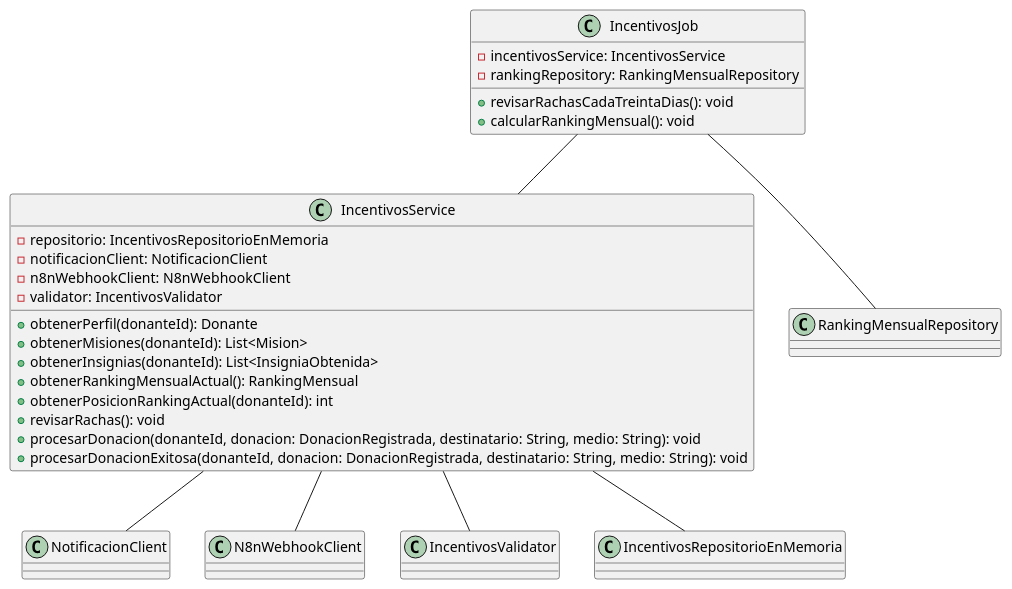
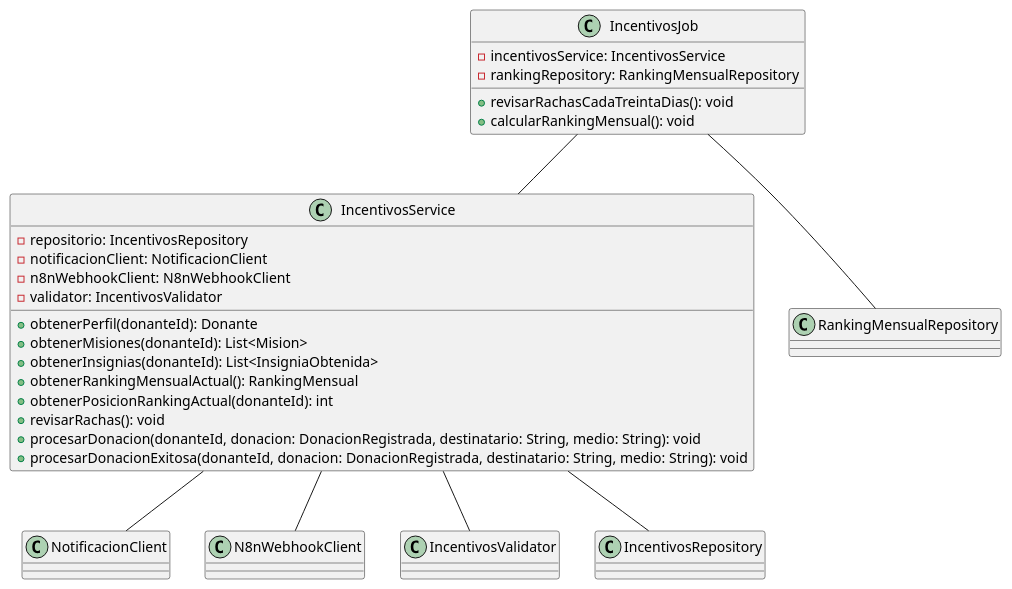
The diagram in donatrack/DiagramaDeClases/incentivos/diagramaClasesIncentivosServices.plantuml (PonceCamilo/TP-ANUAL-DISENIO-2026), drawn with PlantUML before and after one commit. The commit also changed 13 other files, not shown here.

Commit message:
Ajusta persistencia y diagramas de incentivos

```diff
--- a/donatrack/DiagramaDeClases/incentivos/diagramaClasesIncentivosServices.plantuml
+++ b/donatrack/DiagramaDeClases/incentivos/diagramaClasesIncentivosServices.plantuml
@@ -1,48 +1,48 @@
 @startuml
 
 class IncentivosJob {
   - incentivosService: IncentivosService
   - rankingRepository: RankingMensualRepository
   + revisarRachasCadaTreintaDias(): void
   + calcularRankingMensual(): void
 }
 
 class IncentivosService {
-  - repositorio: IncentivosRepositorioEnMemoria
+  - repositorio: IncentivosRepository
   - notificacionClient: NotificacionClient
   - n8nWebhookClient: N8nWebhookClient
   - validator: IncentivosValidator
   + obtenerPerfil(donanteId): Donante
   + obtenerMisiones(donanteId): List<Mision>
   + obtenerInsignias(donanteId): List<InsigniaObtenida>
   + obtenerRankingMensualActual(): RankingMensual
   + obtenerPosicionRankingActual(donanteId): int
   + revisarRachas(): void
   + procesarDonacion(donanteId, donacion: DonacionRegistrada, destinatario: String, medio: String): void
   + procesarDonacionExitosa(donanteId, donacion: DonacionRegistrada, destinatario: String, medio: String): void
 }
 
 class NotificacionClient {
 }
 
 class N8nWebhookClient {
 }
 
 class IncentivosValidator {
 }
 
-class IncentivosRepositorioEnMemoria {
+class IncentivosRepository {
 }
 
 class RankingMensualRepository {
 }
 
 IncentivosJob -- IncentivosService
 IncentivosJob -- RankingMensualRepository
 
 IncentivosService -- NotificacionClient
 IncentivosService -- N8nWebhookClient
 IncentivosService -- IncentivosValidator
-IncentivosService -- IncentivosRepositorioEnMemoria
+IncentivosService -- IncentivosRepository
 
 @enduml
```
